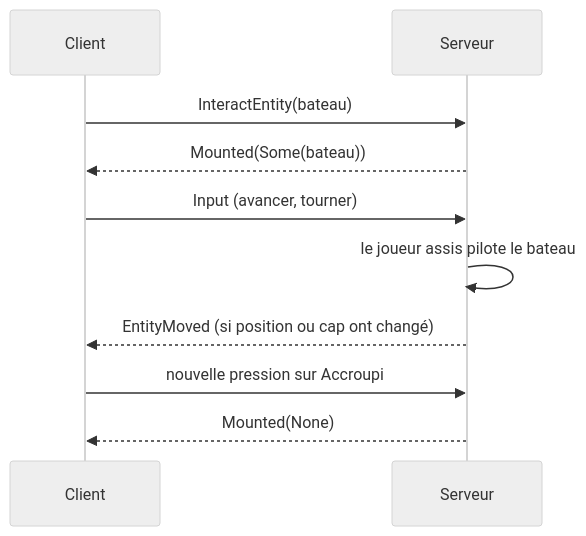
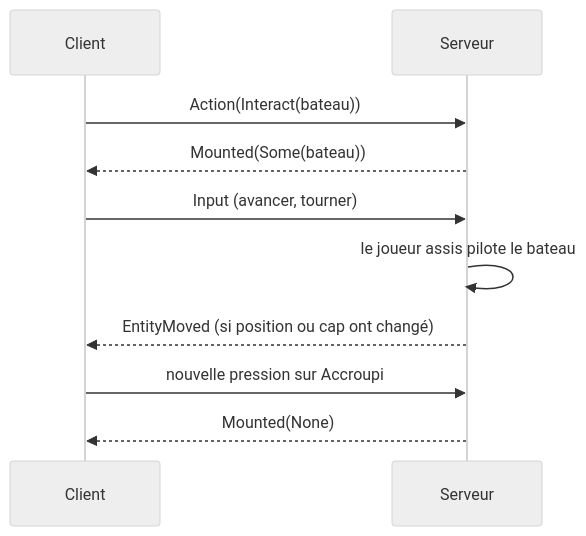
One commit to SinfulDice/strata-mundi changed the diagram in docs/explications/bateaux-et-entites.md. Above: the diagram before and after it, drawn with Mermaid (neutral theme). The commit also changed other lines of this file and 16 other files, not shown here.

````diff
--- a/docs/explications/bateaux-et-entites.md
+++ b/docs/explications/bateaux-et-entites.md
@@ -23,12 +23,12 @@
 ```mermaid
 sequenceDiagram
     participant C as Client
     participant S as Serveur
-    C->>S: InteractEntity(bateau)
+    C->>S: Action(Interact(bateau))
     S-->>C: Mounted(Some(bateau))
     C->>S: Input (avancer, tourner)
     S->>S: le joueur assis pilote le bateau
     S-->>C: EntityMoved (si position ou cap ont changé)
     C->>S: nouvelle pression sur Accroupi
     S-->>C: Mounted(None)
 ```
````
